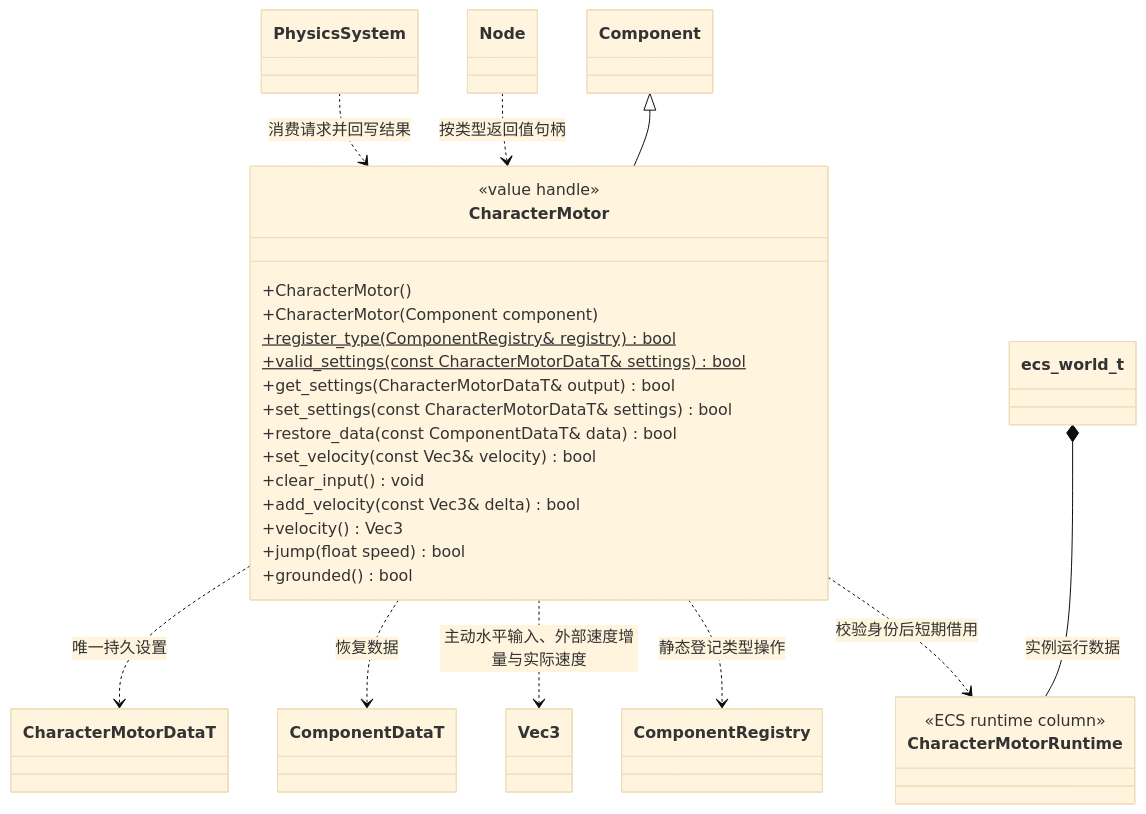
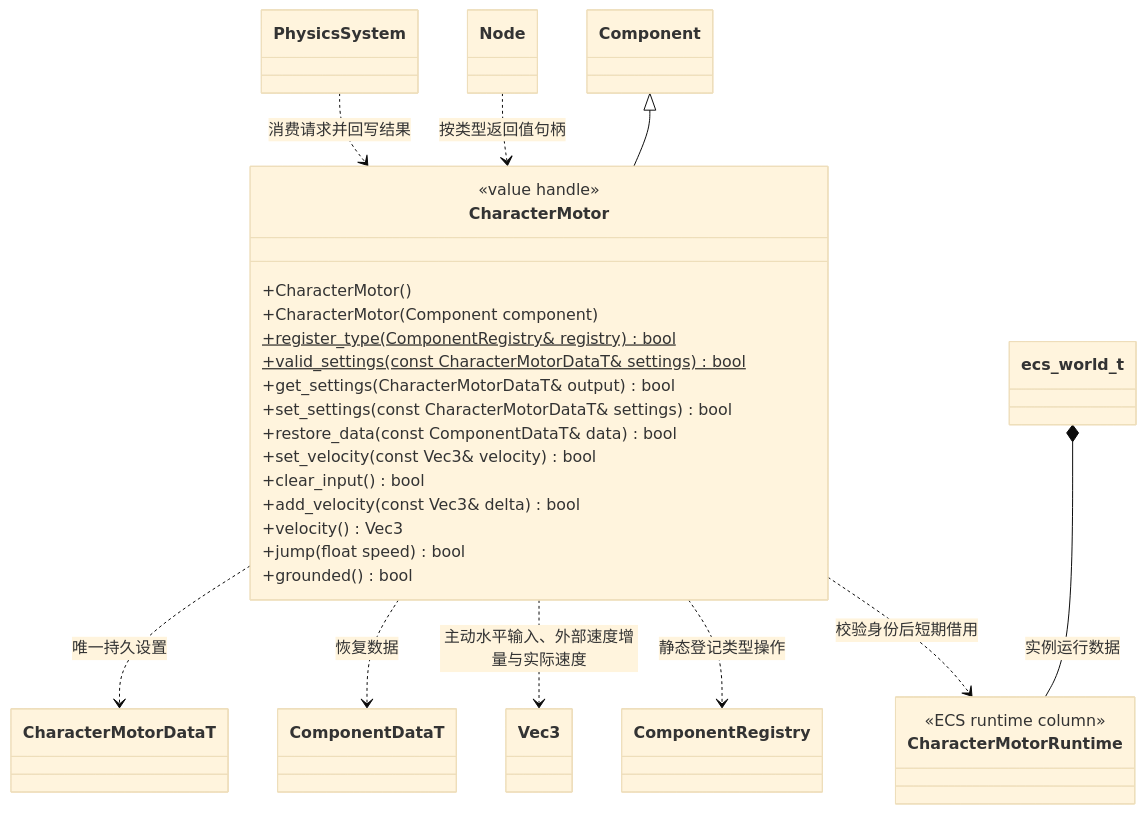
The diagram in docs/runtime/class-diagrams/character-motor.md (lcals/Engine), drawn with Mermaid (base theme) before and after one commit. The commit also changed 194 other files, not shown here.

````diff
--- a/docs/runtime/class-diagrams/character-motor.md
+++ b/docs/runtime/class-diagrams/character-motor.md
@@ -7,42 +7,41 @@
 ```mermaid
 classDiagram
     class CharacterMotor {
         <<value handle>>
         +CharacterMotor()
         +CharacterMotor(Component component)
         +register_type(ComponentRegistry& registry) bool$
         <<final>>
         +valid_settings(const CharacterMotorDataT& settings) bool$
 
         +get_settings(CharacterMotorDataT& output) bool
         +set_settings(const CharacterMotorDataT& settings) bool
         +restore_data(const ComponentDataT& data) bool
         +set_velocity(const Vec3& velocity) bool
-        +clear_input() void
+        +clear_input() bool
         +add_velocity(const Vec3& delta) bool
         +velocity() Vec3
         +jump(float speed) bool
         +grounded() bool
     }
     class Component
     class Node
     class CharacterMotorDataT
     class ComponentDataT
     class Vec3
     class PhysicsSystem
     Component <|-- CharacterMotor
     Node ..> CharacterMotor : 按类型返回值句柄
     CharacterMotor ..> CharacterMotorDataT : 唯一持久设置
     CharacterMotor ..> ComponentDataT : 恢复数据
     CharacterMotor ..> Vec3 : 主动水平输入、外部速度增量与实际速度
     PhysicsSystem ..> CharacterMotor : 消费请求并回写结果
     class ComponentRegistry
     class ecs_world_t
     class CharacterMotorRuntime {
         <<ECS runtime column>>
     }
     ecs_world_t *-- CharacterMotorRuntime : 实例运行数据
     CharacterMotor ..> CharacterMotorRuntime : 校验身份后短期借用
     CharacterMotor ..> ComponentRegistry : 静态登记类型操作
-
 ```
````
